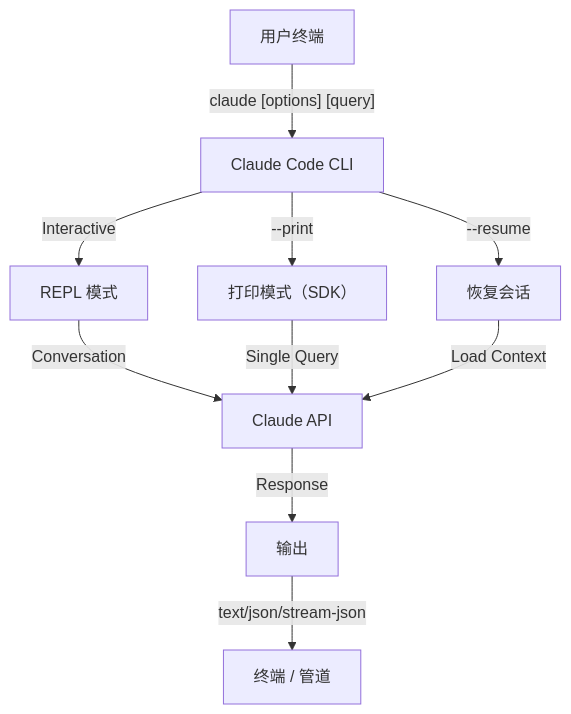
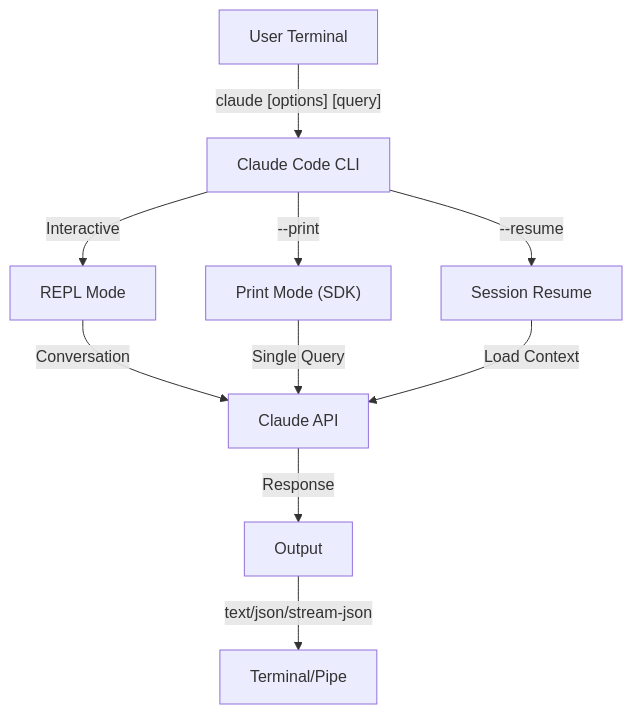
Before and after one commit to tanqingkuang/claude-howto: the first of 2 diagrams in 10-cli/README-CN.md, drawn with Mermaid. The commit also changed other lines of this file and 84 other files, not shown here.

````diff
--- a/10-cli/README-CN.md
+++ b/10-cli/README-CN.md
@@ -14,12 +14,12 @@
 ```mermaid
 graph TD
-    A["用户终端"] -->|"claude [options] [query]"| B["Claude Code CLI"]
-    B -->|Interactive| C["REPL 模式"]
-    B -->|"--print"| D["打印模式（SDK）"]
-    B -->|"--resume"| E["恢复会话"]
+    A["User Terminal"] -->|"claude [options] [query]"| B["Claude Code CLI"]
+    B -->|Interactive| C["REPL Mode"]
+    B -->|"--print"| D["Print Mode (SDK)"]
+    B -->|"--resume"| E["Session Resume"]
     C -->|Conversation| F["Claude API"]
     D -->|Single Query| F
     E -->|Load Context| F
-    F -->|Response| G["输出"]
-    G -->|text/json/stream-json| H["终端 / 管道"]
+    F -->|Response| G["Output"]
+    G -->|text/json/stream-json| H["Terminal/Pipe"]
 ```
````
